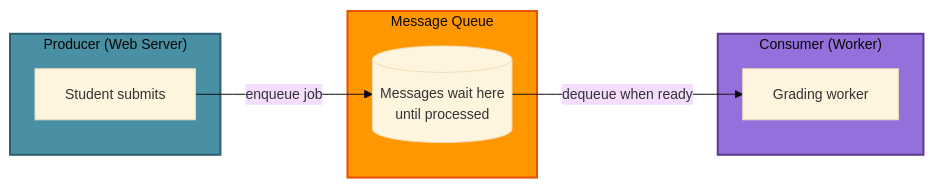
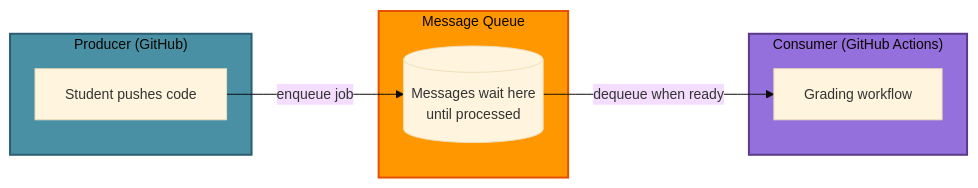
One commit to neu-pdi/cs3100-public-resources changed the second of 3 diagrams in lecture-slides/l21-serverless.mdx. Above: the diagram before and after it, drawn with Mermaid. The commit also changed other lines of this file, not shown here.

````diff
--- a/lecture-slides/l21-serverless.mdx
+++ b/lecture-slides/l21-serverless.mdx
@@ -1009,22 +1157,22 @@
 ```mermaid
 %%{init: {'theme': 'base', 'themeVariables': { 'fontSize': '14px' }}}%%
 flowchart LR
-    subgraph Producer["Producer (Web Server)"]
-        P[Student submits]
+    subgraph Producer["Producer (GitHub)"]
+        P[Student pushes code]
     end
 
     subgraph Queue["Message Queue"]
         Q[(Messages wait here<br/>until processed)]
     end
 
-    subgraph Consumer["Consumer (Worker)"]
-        C[Grading worker]
+    subgraph Consumer["Consumer (GitHub Actions)"]
+        C[Grading workflow]
     end
 
     P -->|"enqueue job"| Q
     Q -->|"dequeue when ready"| C
 
     style Queue fill:#FF9800,stroke:#e65100,stroke-width:2px
     style Producer fill:#4A90A4,stroke:#2c5f73,stroke-width:2px
     style Consumer fill:#9370DB,stroke:#5b3a8c,stroke-width:2px
 ```
````
